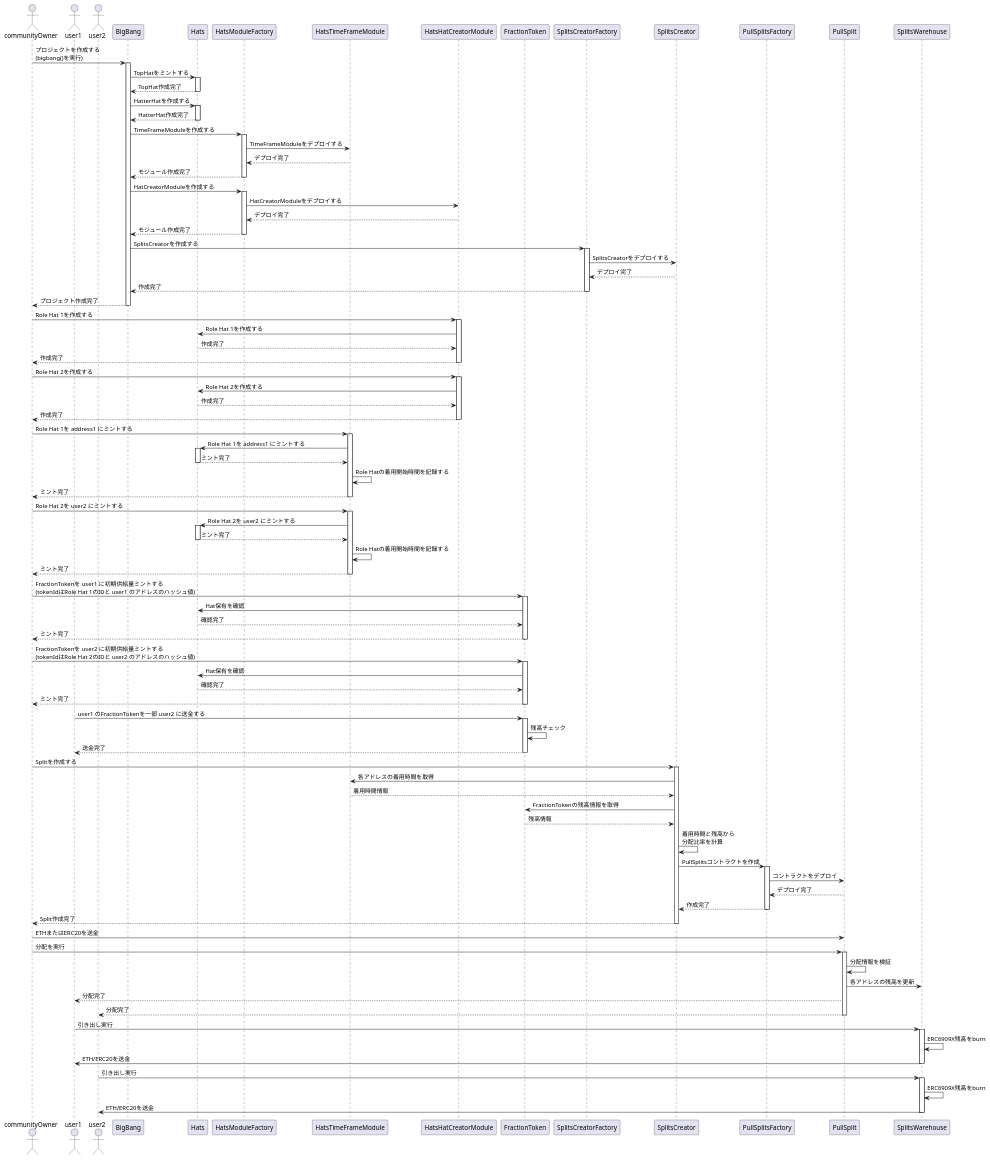
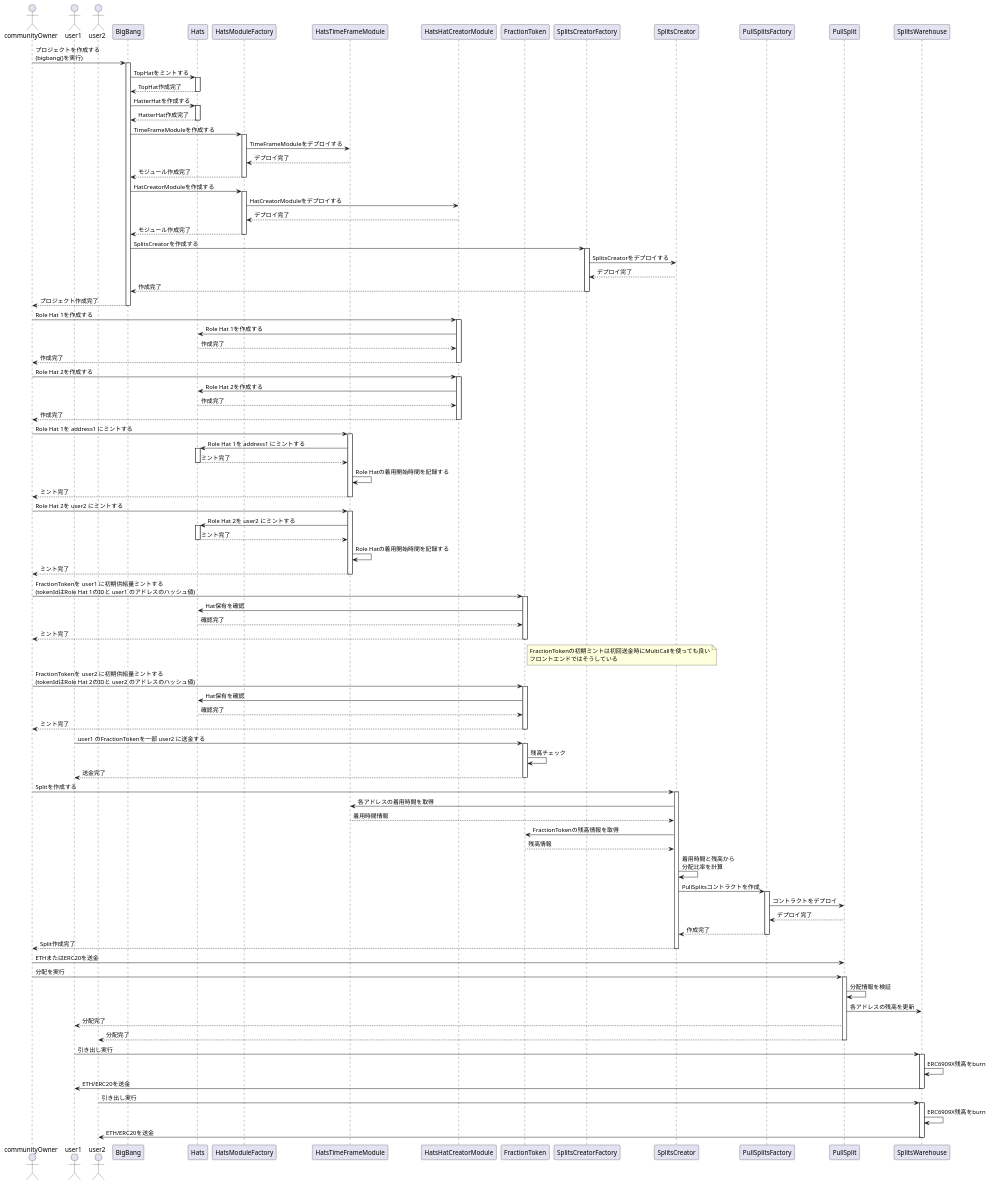
The diagram in docs/puml/sequence-v2.puml (hackdays-io/toban), drawn with PlantUML before and after one commit.

Commit message:
add note

```diff
--- a/docs/puml/sequence-v2.puml
+++ b/docs/puml/sequence-v2.puml
@@ -1,159 +1,164 @@
 @startuml
 
 actor "communityOwner" as communityOwner
 actor "user1" as user1
 actor "user2" as user2
 participant "BigBang" as BigBang
 participant "Hats" as Hats
 participant "HatsModuleFactory" as HatsModuleFactory
 participant "HatsTimeFrameModule" as HatsTimeFrameModule
 participant "HatsHatCreatorModule" as HatsHatCreatorModule
 participant "FractionToken" as FractionToken
 participant "SplitsCreatorFactory" as SplitsCreatorFactory
 participant "SplitsCreator" as SplitsCreator
 participant "PullSplitsFactory" as PullSplitsFactory
 participant "PullSplit" as PullSplit
 participant "SplitsWarehouse" as SplitsWarehouse
 
 ' プロジェクト初期化フェーズ
 communityOwner -> BigBang: プロジェクトを作成する\n(bigbang()を実行)
 activate BigBang
 
 BigBang -> Hats: TopHatをミントする
 activate Hats
 Hats --> BigBang: TopHat作成完了
 deactivate Hats
 
 BigBang -> Hats: HatterHatを作成する
 activate Hats
 Hats --> BigBang: HatterHat作成完了
 deactivate Hats
 
 BigBang -> HatsModuleFactory: TimeFrameModuleを作成する
 activate HatsModuleFactory
 HatsModuleFactory -> HatsTimeFrameModule: TimeFrameModuleをデプロイする
 HatsTimeFrameModule --> HatsModuleFactory: デプロイ完了
 HatsModuleFactory --> BigBang: モジュール作成完了
 deactivate HatsModuleFactory
 
 BigBang -> HatsModuleFactory: HatCreatorModuleを作成する
 activate HatsModuleFactory
 HatsModuleFactory -> HatsHatCreatorModule: HatCreatorModuleをデプロイする
 HatsHatCreatorModule --> HatsModuleFactory: デプロイ完了
 HatsModuleFactory --> BigBang: モジュール作成完了
 deactivate HatsModuleFactory
 
 BigBang -> SplitsCreatorFactory: SplitsCreatorを作成する
 activate SplitsCreatorFactory
 SplitsCreatorFactory -> SplitsCreator: SplitsCreatorをデプロイする
 SplitsCreator --> SplitsCreatorFactory: デプロイ完了
 SplitsCreatorFactory --> BigBang: 作成完了
 deactivate SplitsCreatorFactory
 
 BigBang --> communityOwner: プロジェクト作成完了
 deactivate BigBang
 
 ' Role Hat作成フェーズ
 communityOwner -> HatsHatCreatorModule: Role Hat 1を作成する
 activate HatsHatCreatorModule
 HatsHatCreatorModule -> Hats: Role Hat 1を作成する
 Hats --> HatsHatCreatorModule: 作成完了
 HatsHatCreatorModule --> communityOwner: 作成完了
 deactivate HatsHatCreatorModule
 
 communityOwner -> HatsHatCreatorModule: Role Hat 2を作成する
 activate HatsHatCreatorModule
 HatsHatCreatorModule -> Hats: Role Hat 2を作成する
 Hats --> HatsHatCreatorModule: 作成完了
 HatsHatCreatorModule --> communityOwner: 作成完了
 deactivate HatsHatCreatorModule
 
 ' Hat着用フェーズ
 communityOwner -> HatsTimeFrameModule: Role Hat 1を address1 にミントする
 activate HatsTimeFrameModule
 HatsTimeFrameModule -> Hats: Role Hat 1を address1 にミントする
 activate Hats
 Hats --> HatsTimeFrameModule: ミント完了
 deactivate Hats
 HatsTimeFrameModule -> HatsTimeFrameModule: Role Hatの着用開始時間を記録する
 HatsTimeFrameModule --> communityOwner: ミント完了
 deactivate HatsTimeFrameModule
 
 communityOwner -> HatsTimeFrameModule: Role Hat 2を user2 にミントする
 activate HatsTimeFrameModule
 HatsTimeFrameModule -> Hats: Role Hat 2を user2 にミントする
 activate Hats
 Hats --> HatsTimeFrameModule: ミント完了
 deactivate Hats
 HatsTimeFrameModule -> HatsTimeFrameModule: Role Hatの着用開始時間を記録する
 HatsTimeFrameModule --> communityOwner: ミント完了
 deactivate HatsTimeFrameModule
 
 ' FractionTokenの初期ミントフェーズ
 communityOwner -> FractionToken: FractionTokenを user1 に初期供給量ミントする\n(tokenIdはRole Hat 1のIDと user1 のアドレスのハッシュ値)
 activate FractionToken
 FractionToken -> Hats: Hat保有を確認
 Hats --> FractionToken: 確認完了
 FractionToken --> communityOwner: ミント完了
 deactivate FractionToken
 
+note right of FractionToken
+  FractionTokenの初期ミントは初回送金時にMultiCallを使っても良い
+  フロントエンドではそうしている
+end note
+
 communityOwner -> FractionToken: FractionTokenを user2 に初期供給量ミントする\n(tokenIdはRole Hat 2のIDと user2 のアドレスのハッシュ値)
 activate FractionToken
 FractionToken -> Hats: Hat保有を確認
 Hats --> FractionToken: 確認完了
 FractionToken --> communityOwner: ミント完了
 deactivate FractionToken
 
 ' トークン移転フェーズ
 user1 -> FractionToken: user1 のFractionTokenを一部 user2 に送金する
 activate FractionToken
 FractionToken -> FractionToken: 残高チェック
 FractionToken --> user1: 送金完了
 deactivate FractionToken
 
 ' Split作成・分配フェーズ
 communityOwner -> SplitsCreator: Splitを作成する
 activate SplitsCreator
 
 SplitsCreator -> HatsTimeFrameModule: 各アドレスの着用時間を取得
 HatsTimeFrameModule --> SplitsCreator: 着用時間情報
 
 SplitsCreator -> FractionToken: FractionTokenの残高情報を取得
 FractionToken --> SplitsCreator: 残高情報
 
 SplitsCreator -> SplitsCreator: 着用時間と残高から\n分配比率を計算
 
 SplitsCreator -> PullSplitsFactory: PullSplitsコントラクトを作成
 activate PullSplitsFactory
 PullSplitsFactory -> PullSplit: コントラクトをデプロイ
 PullSplit --> PullSplitsFactory: デプロイ完了
 PullSplitsFactory --> SplitsCreator: 作成完了
 deactivate PullSplitsFactory
 
 SplitsCreator --> communityOwner: Split作成完了
 deactivate SplitsCreator
 
 ' 分配実行フェーズ
 communityOwner -> PullSplit: ETHまたはERC20を送金
 communityOwner -> PullSplit: 分配を実行
 activate PullSplit
 PullSplit -> PullSplit: 分配情報を検証
 PullSplit -> SplitsWarehouse: 各アドレスの残高を更新
 PullSplit --> user1: 分配完了
 PullSplit --> user2: 分配完了
 deactivate PullSplit
 
 ' 引き出しフェーズ
 user1 -> SplitsWarehouse: 引き出し実行
 activate SplitsWarehouse
 SplitsWarehouse -> SplitsWarehouse: ERC6909X残高をburn
 SplitsWarehouse -> user1: ETH/ERC20を送金
 deactivate SplitsWarehouse
 
 user2 -> SplitsWarehouse: 引き出し実行
 activate SplitsWarehouse
 SplitsWarehouse -> SplitsWarehouse: ERC6909X残高をburn
 SplitsWarehouse -> user2: ETH/ERC20を送金
 deactivate SplitsWarehouse
 
 @enduml
```
